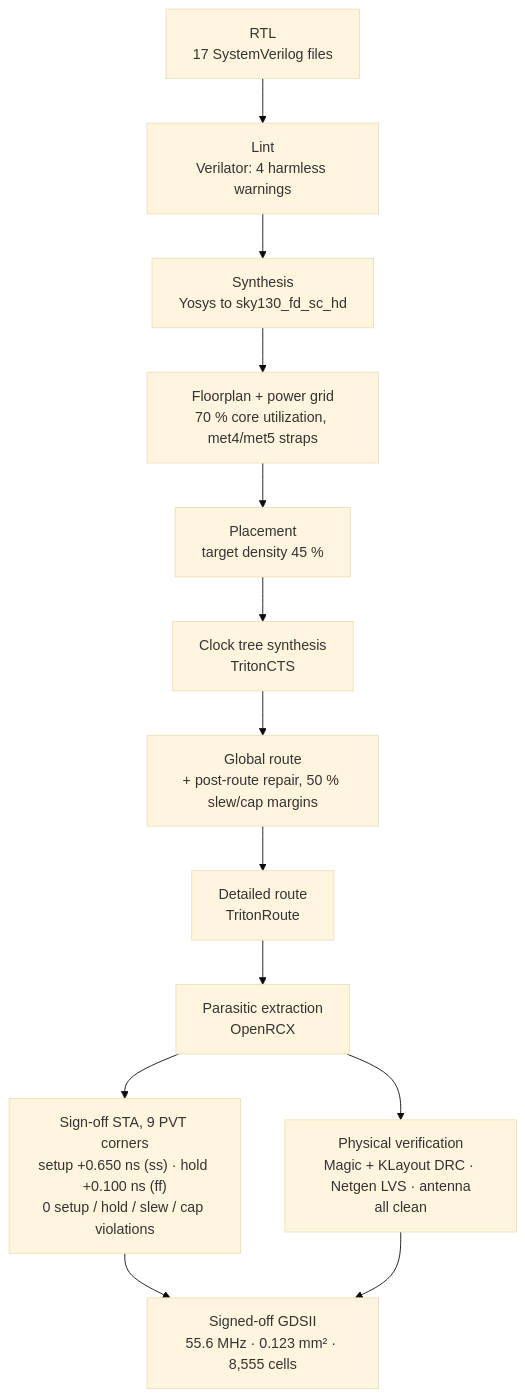
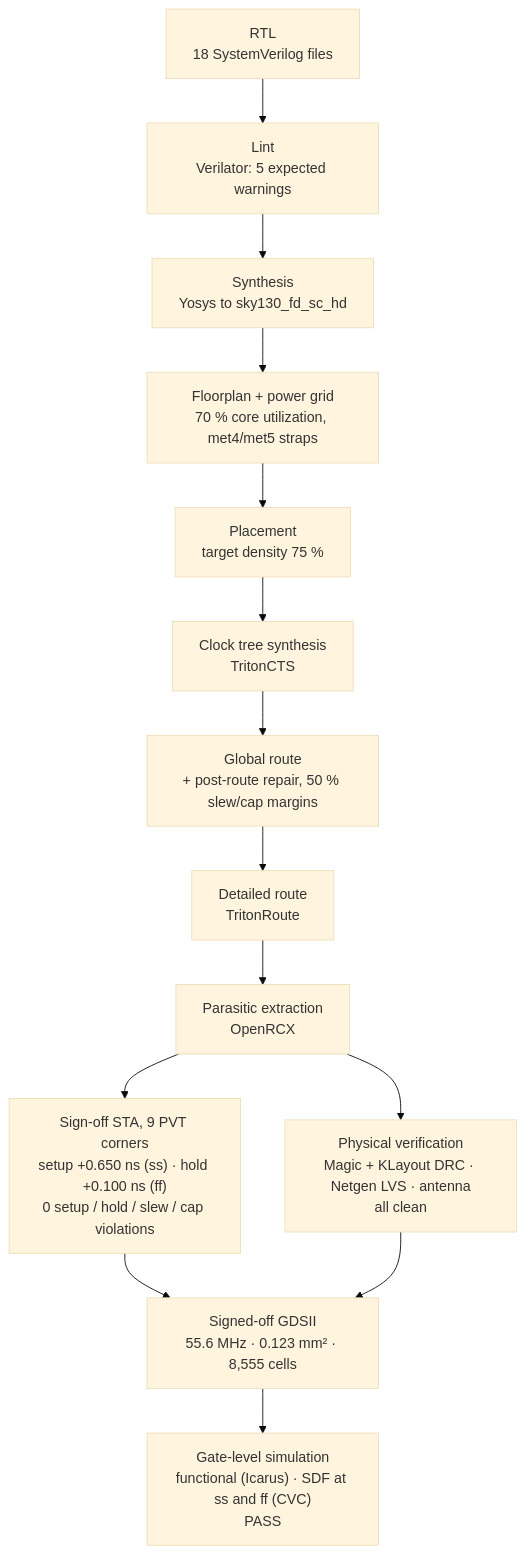
The diagram in README.md (Ajeeth93/riscv32i-5stage-pipelined-cpu), drawn with Mermaid (base theme) before and after one commit. The commit also changed other lines of this file and 1 other file, not shown here.

Commit message:
v2: complete README rewrite (v1/v2 structure, GLS, IR drop, optimisation, sweep)

````diff
--- a/README.md
+++ b/README.md
@@ -43,15 +54,16 @@
 ```mermaid
 flowchart TD
-    RTL["RTL<br/>17 SystemVerilog files"] --> LINT["Lint<br/>Verilator: 4 harmless warnings"]
+    RTL["RTL<br/>18 SystemVerilog files"] --> LINT["Lint<br/>Verilator: 5 expected warnings"]
     LINT --> SYN["Synthesis<br/>Yosys to sky130_fd_sc_hd"]
     SYN --> FP["Floorplan + power grid<br/>70 % core utilization, met4/met5 straps"]
-    FP --> PL["Placement<br/>target density 45 %"]
+    FP --> PL["Placement<br/>target density 75 %"]
     PL --> CTS["Clock tree synthesis<br/>TritonCTS"]
     CTS --> GRT["Global route<br/>+ post-route repair, 50 % slew/cap margins"]
     GRT --> DRT["Detailed route<br/>TritonRoute"]
     DRT --> RCX["Parasitic extraction<br/>OpenRCX"]
     RCX --> STA["Sign-off STA, 9 PVT corners<br/>setup +0.650 ns (ss) · hold +0.100 ns (ff)<br/>0 setup / hold / slew / cap violations"]
     RCX --> PV["Physical verification<br/>Magic + KLayout DRC · Netgen LVS · antenna<br/>all clean"]
     STA --> GDS["Signed-off GDSII<br/>55.6 MHz · 0.123 mm² · 8,555 cells"]
     PV --> GDS
+    GDS --> GLS["Gate-level simulation<br/>functional (Icarus) · SDF at ss and ff (CVC)<br/>PASS"]
 ```
````
